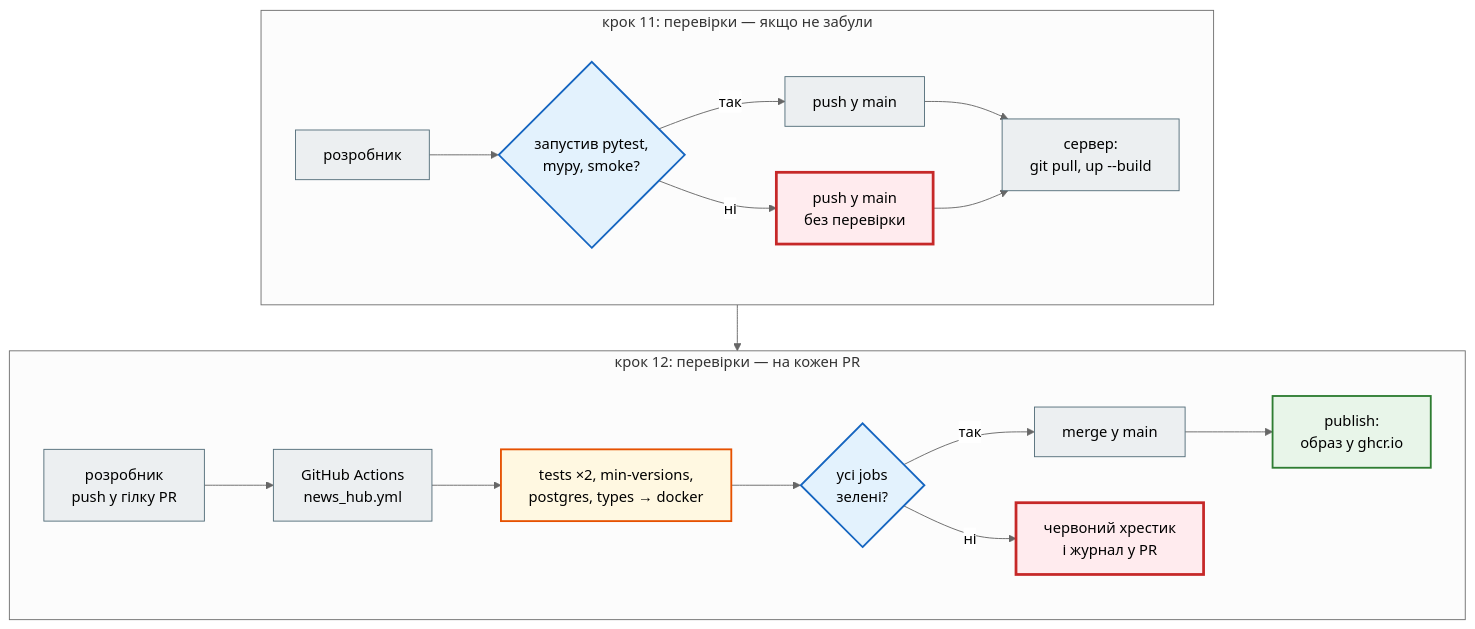
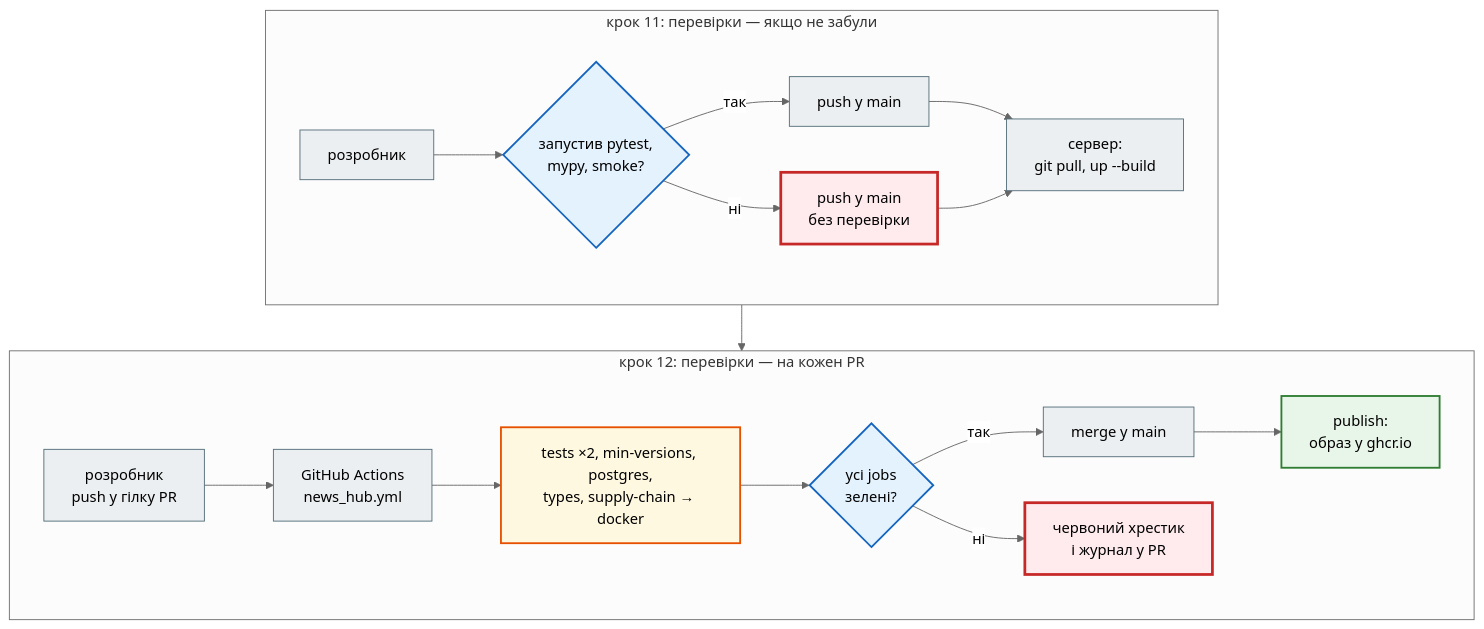
Before and after one commit to NikoriakViktor/news_hub: the diagram in docs/tutorials/12_ci_cd/index.md, drawn with Mermaid (neutral theme). The commit also changed other lines of this file and 268 other files, not shown here.

````diff
--- a/docs/tutorials/12_ci_cd/index.md
+++ b/docs/tutorials/12_ci_cd/index.md
@@ -36,33 +37,33 @@
 ```mermaid
 flowchart TD
     classDef step     fill:#eceff1,stroke:#546e7a,stroke-width:1px;
     classDef decision fill:#e3f2fd,stroke:#1565c0,stroke-width:2px;
     classDef success  fill:#e8f5e9,stroke:#2e7d32,stroke-width:2px;
     classDef error    fill:#ffebee,stroke:#c62828,stroke-width:3px;
     classDef warning  fill:#fff8e1,stroke:#e65100,stroke-width:2px;
 
     subgraph OLD ["крок 11: перевірки — якщо не забули"]
         direction LR
         D0["розробник"] --> M0{"запустив pytest,<br>mypy, smoke?"}
         M0 -- "так" --> P0["push у main"]
         M0 -- "ні" --> X0["push у main<br>без перевірки"]
         P0 --> S0["сервер:<br>git pull, up --build"]
         X0 --> S0
     end
     subgraph NEW ["крок 12: перевірки — на кожен PR"]
         direction LR
         D1["розробник<br>push у гілку PR"] --> GA["GitHub Actions<br>news_hub.yml"]
-        GA --> J["tests ×2, min-versions,<br>postgres, types → docker"]
+        GA --> J["tests ×2, min-versions, postgres,<br>types, supply-chain → docker"]
         J --> PR{"усі jobs<br>зелені?"}
         PR -- "так" --> MG["merge у main"]
         PR -- "ні" --> FX["червоний хрестик<br>і журнал у PR"]
         MG --> PB["publish:<br>образ у ghcr.io"]
     end
     OLD --> NEW
 
     class D0,P0,S0,D1,GA,MG step
     class M0,PR decision
     class X0,FX error
     class J warning
     class PB success
 ```
````
